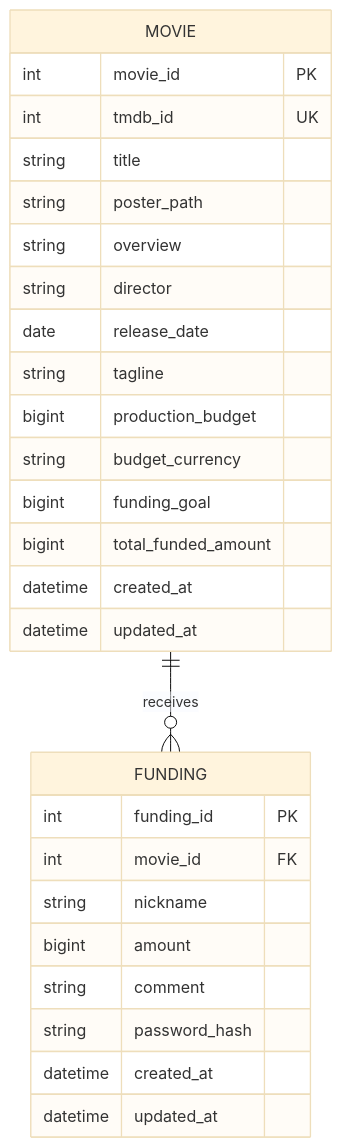
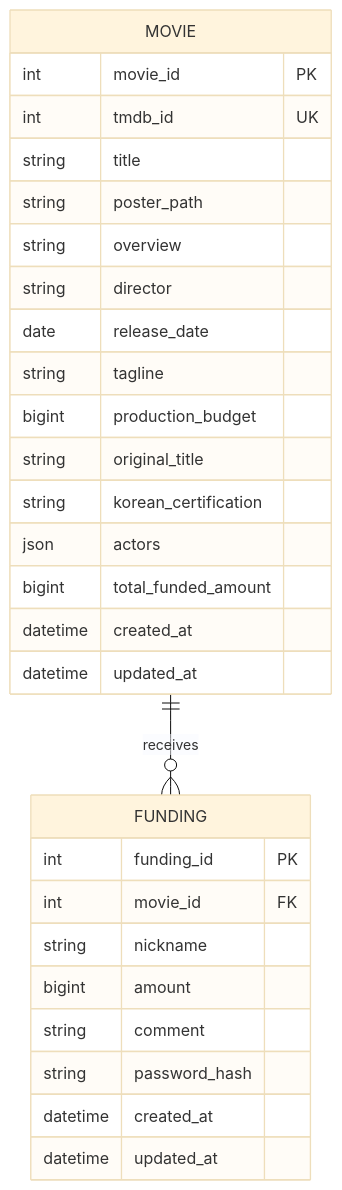
One commit to Sprint-project-1/cine-fund changed the diagram in docs/DATABASE_SCHEMA.md. Above: the diagram before and after it, drawn with Mermaid (base theme). The commit also changed other lines of this file and 5 other files, not shown here.

````diff
--- a/docs/DATABASE_SCHEMA.md
+++ b/docs/DATABASE_SCHEMA.md
@@ -7,30 +7,31 @@
 ```mermaid
 erDiagram
   MOVIE ||--o{ FUNDING : receives
   MOVIE {
     int movie_id PK
     int tmdb_id UK
     string title
     string poster_path
     string overview
     string director
     date release_date
     string tagline
     bigint production_budget
-    string budget_currency
-    bigint funding_goal
+    string original_title
+    string korean_certification
+    json actors
     bigint total_funded_amount
     datetime created_at
     datetime updated_at
   }
   FUNDING {
     int funding_id PK
     int movie_id FK
     string nickname
     bigint amount
     string comment
     string password_hash
     datetime created_at
     datetime updated_at
   }
 ```
````
